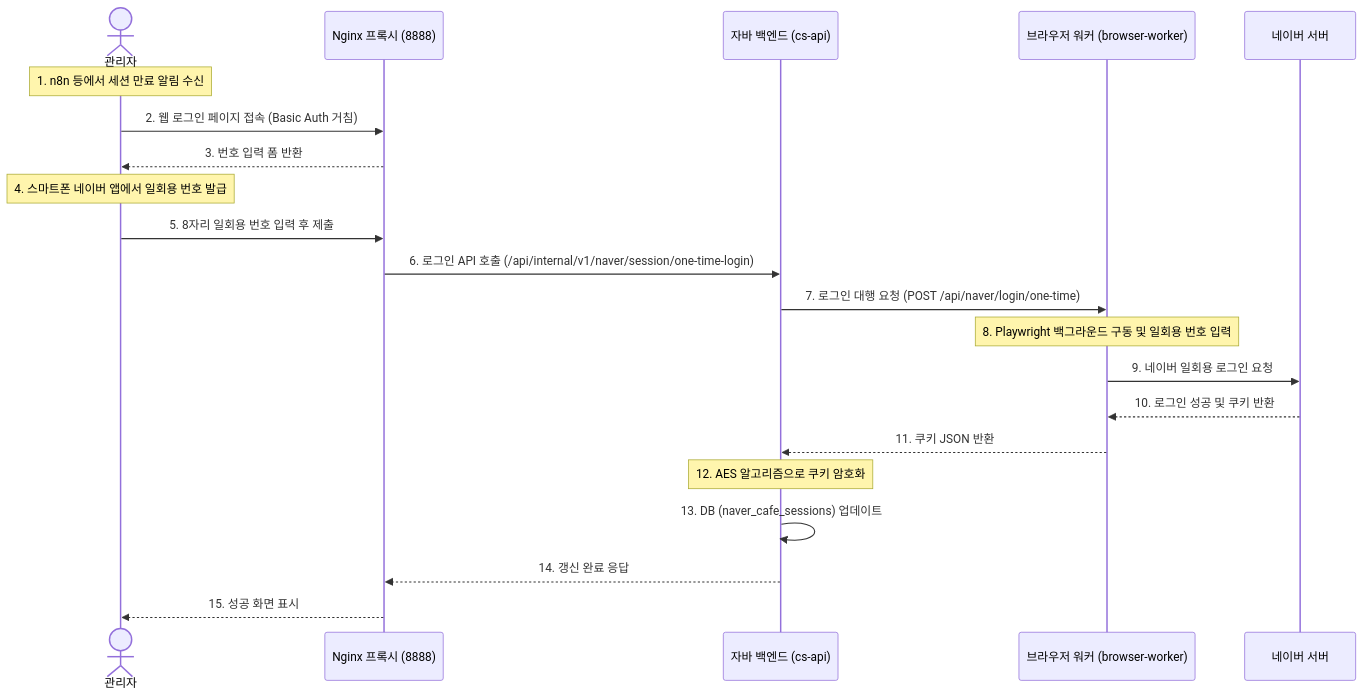
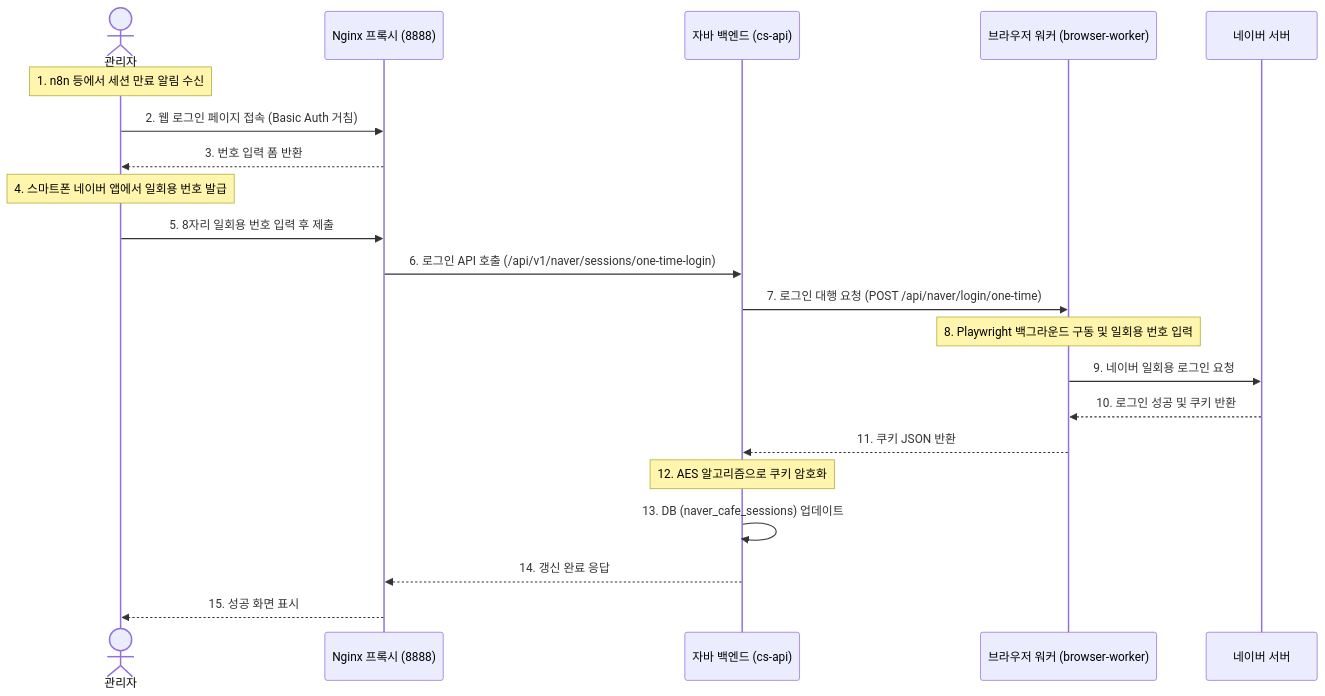
Before and after one commit to Yoonsik-Shin/cs-hub: the second of 2 diagrams in NAVER_SESSION_AUTOMATION.md, drawn with Mermaid. The commit also changed other lines of this file and 87 other files, not shown here.

````diff
--- a/NAVER_SESSION_AUTOMATION.md
+++ b/NAVER_SESSION_AUTOMATION.md
@@ -43,24 +43,24 @@
 ```mermaid
 sequenceDiagram
     actor Manager as 관리자
     participant Nginx as Nginx 프록시 (8888)
     participant Java as 자바 백엔드 (cs-api)
     participant Worker as 브라우저 워커 (browser-worker)
     participant Naver as 네이버 서버
 
     Note over Manager: 1. n8n 등에서 세션 만료 알림 수신
     Manager->>Nginx: 2. 웹 로그인 페이지 접속 (Basic Auth 거침)
     Nginx-->>Manager: 3. 번호 입력 폼 반환
     Note over Manager: 4. 스마트폰 네이버 앱에서 일회용 번호 발급
     Manager->>Nginx: 5. 8자리 일회용 번호 입력 후 제출
-    Nginx->>Java: 6. 로그인 API 호출 (/api/internal/v1/naver/session/one-time-login)
+    Nginx->>Java: 6. 로그인 API 호출 (/api/v1/naver/sessions/one-time-login)
     Java->>Worker: 7. 로그인 대행 요청 (POST /api/naver/login/one-time)
     Note over Worker: 8. Playwright 백그라운드 구동 및 일회용 번호 입력
     Worker->>Naver: 9. 네이버 일회용 로그인 요청
     Naver-->>Worker: 10. 로그인 성공 및 쿠키 반환
     Worker-->>Java: 11. 쿠키 JSON 반환
     Note over Java: 12. AES 알고리즘으로 쿠키 암호화
     Java->>Java: 13. DB (naver_cafe_sessions) 업데이트
     Java-->>Nginx: 14. 갱신 완료 응답
     Nginx-->>Manager: 15. 성공 화면 표시
 ```
````
